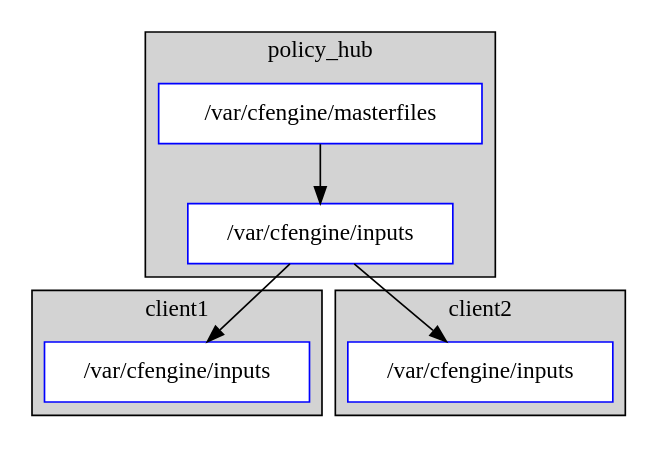
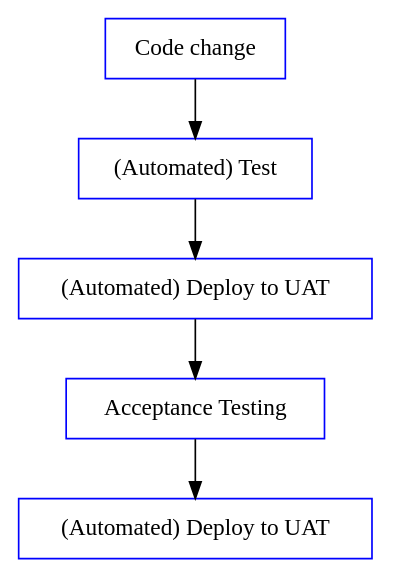
One commit to atsaloli/cicd changed the diagram in img/lab-pipeline.dot. Above: the diagram before and after it, drawn with Graphviz.

```diff
--- a/img/lab-pipeline.dot
+++ b/img/lab-pipeline.dot
@@ -1,37 +1,15 @@
 digraph policy_propagation {
   node [ shape = box ];
 
-  subgraph cluster_0 {
-    h_masterfiles [ label = "/var/cfengine/masterfiles" color = blue style = filled fillcolor = white ]
-    h_inputs [ label = "/var/cfengine/inputs" color = blue style = filled fillcolor = white ]
-    h_masterfiles -> h_inputs;
-    label = "policy_hub";
-    style = filled;
-  }
+    code [ label = "Code change"      color = blue style = filled fillcolor = white ]
+    test [ label = "(Automated) Test" color = blue style = filled fillcolor = white ]
+    deploy_uat [ label = "(Automated) Deploy to UAT" color = blue style = filled fillcolor = white ]
+    uat_test [ label = "Acceptance Testing" color = blue style = filled fillcolor = white ]
+    deploy_prod [ label = "(Automated) Deploy to UAT" color = blue style = filled fillcolor = white ]
 
-  // subgraph cluster_0b {
-    // c0b_inputs [ label = "/var/cfengine/inputs" color = blue style = filled fillcolor = white ]
-    // c0b_inputs;
-    // label = "policy_hub";
-    // style = filled;
-  // }
-
-  subgraph cluster_1 {
-    c1_inputs [ label = "/var/cfengine/inputs" color = blue style = filled fillcolor = white ]
-    c1_inputs;
-    label = "client1";
-    style = filled;
-  }
-
-  subgraph cluster_2 {
-    c2_inputs [ label = "/var/cfengine/inputs" color = blue style = filled fillcolor = white ]
-    c2_inputs;
-    label = "client2";
-    style = filled;
-  }
-
-  // h_masterfiles -> c0b_inputs;
-  h_inputs -> c1_inputs;
-  h_inputs -> c2_inputs;
+  code -> test;
+  test -> deploy_uat;
+  deploy_uat -> uat_test;
+  uat_test -> deploy_prod;
 
 }
```
